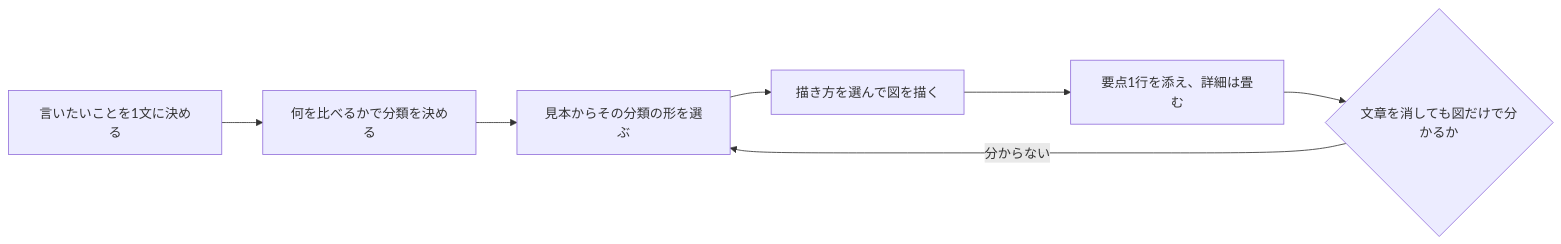
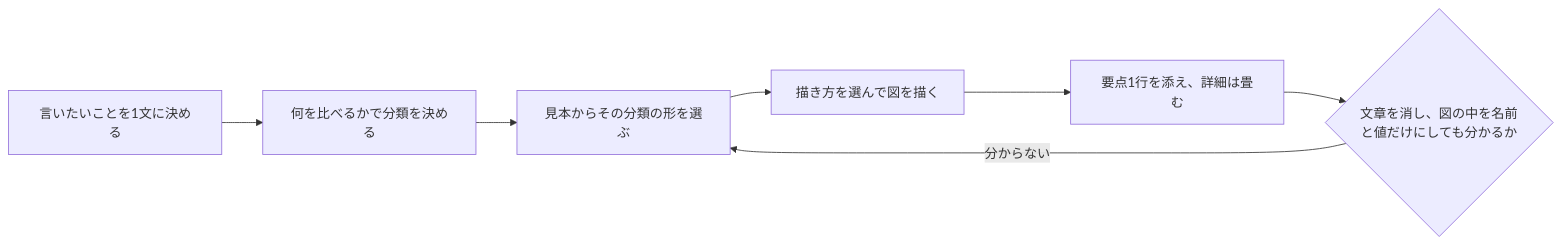
The diagram in plugins/figure-docs/README.md (u-ichi/agent-plugins), drawn with Mermaid before and after one commit. The commit also changed 2 other files, not shown here.

Commit message:
figure-docs に、数のある図の描き方と出す前の確かめを足す
figure-docs で作った資料の図346件を評価すると、長さや面積が値と合わない図、
端で切れた線、対数と書いていない軸、文を詰めた図が見つかった。
図にする基準に数が無く、資料を見せた後の問いに数の表で答える動きも続いた。
見本の同心円は、比例しない大きさで額を見せる形だった。

Claude-Session: https://claude.ai/code/session_01MQ1C9zZkvdYrwGpeodWNdP

````diff
--- a/plugins/figure-docs/README.md
+++ b/plugins/figure-docs/README.md
@@ -22,9 +22,9 @@
 ```mermaid
 flowchart LR
   A["言いたいことを1文に決める"] --> B["何を比べるかで分類を決める"]
   B --> C["見本からその分類の形を選ぶ"]
   C --> D["描き方を選んで図を描く"]
   D --> E["要点1行を添え、詳細は畳む"]
-  E --> F{"文章を消しても図だけで分かるか"}
+  E --> F{"文章を消し、図の中を名前と値だけにしても分かるか"}
   F -- "分からない" --> C
 ```
````
